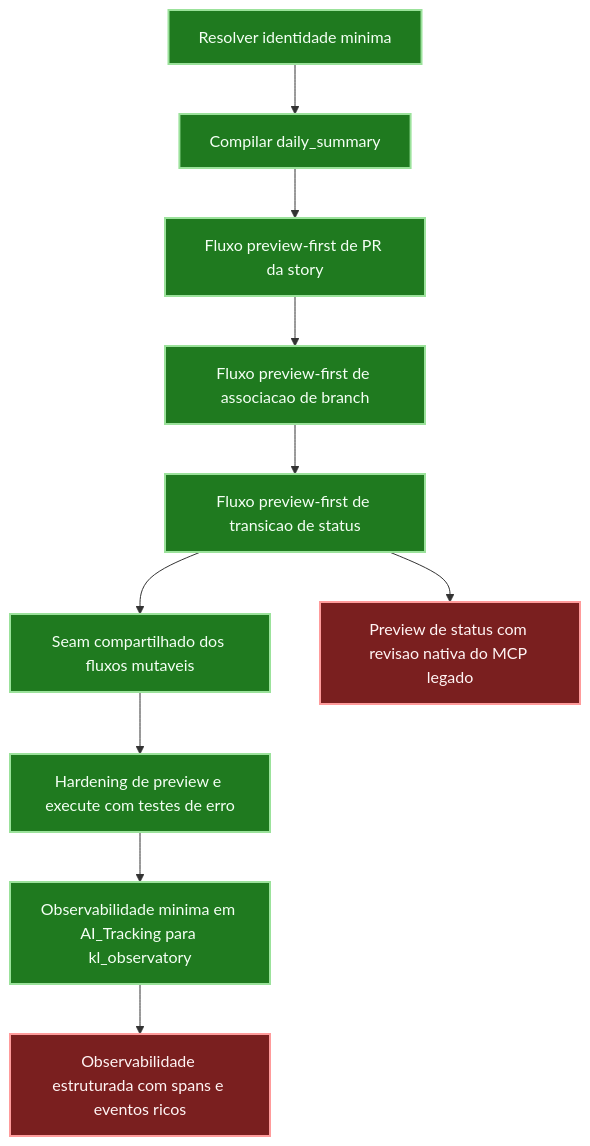
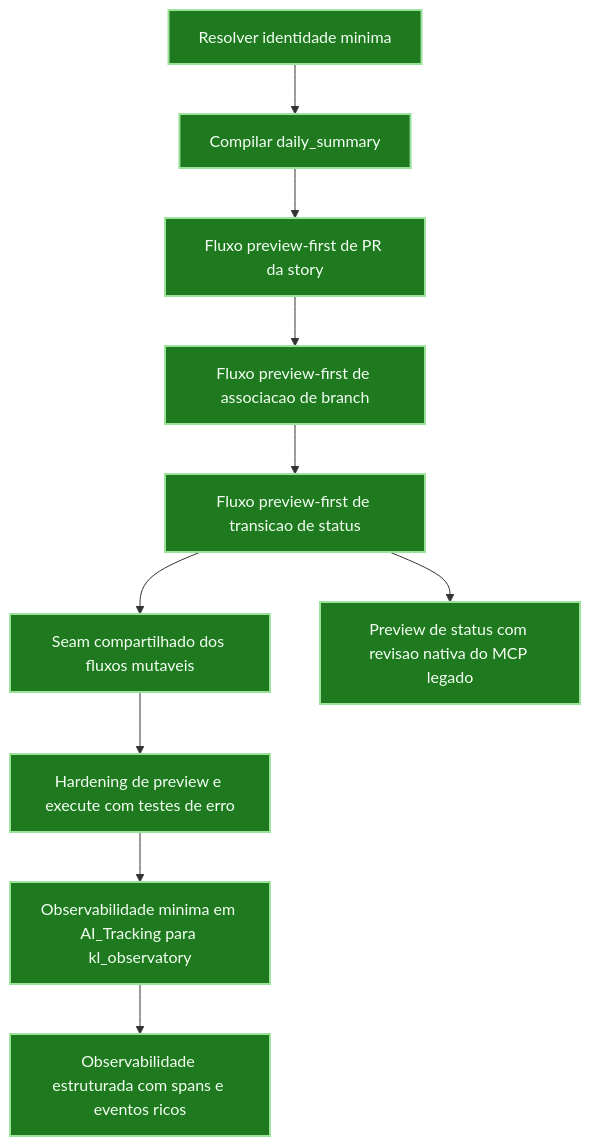
One commit to marcosambra/kwikledgers_langgraph changed the diagram in README.md. Above: the diagram before and after it, drawn with Mermaid. The commit also changed other lines of this file and 23 other files, not shown here.

````diff
--- a/README.md
+++ b/README.md
@@ -93,18 +104,17 @@
 ```mermaid
 flowchart TD
 	A[Resolver identidade minima] --> B[Compilar daily_summary]
 	B --> C[Fluxo preview-first de PR da story]
 	C --> D[Fluxo preview-first de associacao de branch]
 	D --> E[Fluxo preview-first de transicao de status]
 	E --> F[Seam compartilhado dos fluxos mutaveis]
 	F --> G[Hardening de preview e execute com testes de erro]
 	G --> H[Observabilidade minima em AI_Tracking para kl_observatory]
 	H --> I[Observabilidade estruturada com spans e eventos ricos]
 	E --> J[Preview de status com revisao nativa do MCP legado]
 
 	classDef done fill:#1f7a1f,stroke:#9be29b,color:#f4fff4,stroke-width:2px;
 	classDef pending fill:#7a1f1f,stroke:#ff9b9b,color:#fff4f4,stroke-width:2px;
 
-	class A,B,C,D,E,F,G,H done;
-	class I,J pending;
+	class A,B,C,D,E,F,G,H,I,J done;
 ```
````
